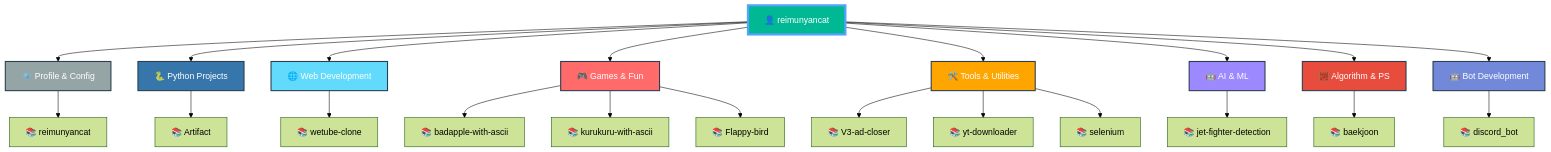
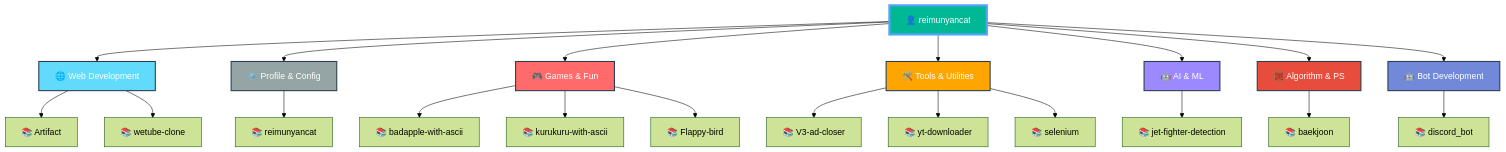
One commit to reimunyancat/reimunyancat changed the diagram in README.md. Above: the diagram before and after it, drawn with Mermaid (forest theme). The commit also changed other lines of this file, not shown here.

Commit message:
🤖 Auto-update README with latest repositories

````diff
--- a/README.md
+++ b/README.md
@@ -160,42 +160,39 @@
 ```mermaid
 graph TD
   A[👤 reimunyancat]
 
-  A --> CAT0[⚙️ Profile & Config]
-  CAT0 --> CAT0_0[📚 reimunyancat]
+  A --> CAT0[🌐 Web Development]
+  CAT0 --> CAT0_0[📚 Artifact]
+  CAT0 --> CAT0_1[📚 wetube-clone]
 
-  A --> CAT1[🐍 Python Projects]
-  CAT1 --> CAT1_0[📚 Artifact]
+  A --> CAT1[⚙️ Profile & Config]
+  CAT1 --> CAT1_0[📚 reimunyancat]
 
-  A --> CAT2[🌐 Web Development]
-  CAT2 --> CAT2_0[📚 wetube-clone]
+  A --> CAT2[🎮 Games & Fun]
+  CAT2 --> CAT2_0[📚 badapple-with-ascii]
+  CAT2 --> CAT2_1[📚 kurukuru-with-ascii]
+  CAT2 --> CAT2_2[📚 Flappy-bird]
 
-  A --> CAT3[🎮 Games & Fun]
-  CAT3 --> CAT3_0[📚 badapple-with-ascii]
-  CAT3 --> CAT3_1[📚 kurukuru-with-ascii]
-  CAT3 --> CAT3_2[📚 Flappy-bird]
+  A --> CAT3[🛠️ Tools & Utilities]
+  CAT3 --> CAT3_0[📚 V3-ad-closer]
+  CAT3 --> CAT3_1[📚 yt-downloader]
+  CAT3 --> CAT3_2[📚 selenium]
 
-  A --> CAT4[🛠️ Tools & Utilities]
-  CAT4 --> CAT4_0[📚 V3-ad-closer]
-  CAT4 --> CAT4_1[📚 yt-downloader]
-  CAT4 --> CAT4_2[📚 selenium]
+  A --> CAT4[🤖 AI & ML]
+  CAT4 --> CAT4_0[📚 jet-fighter-detection]
 
-  A --> CAT5[🤖 AI & ML]
-  CAT5 --> CAT5_0[📚 jet-fighter-detection]
+  A --> CAT5[🧮 Algorithm & PS]
+  CAT5 --> CAT5_0[📚 baekjoon]
 
-  A --> CAT6[🧮 Algorithm & PS]
-  CAT6 --> CAT6_0[📚 baekjoon]
-
-  A --> CAT7[🤖 Bot Development]
-  CAT7 --> CAT7_0[📚 discord_bot]
+  A --> CAT6[🤖 Bot Development]
+  CAT6 --> CAT6_0[📚 discord_bot]
 
   style A fill:#00b894,stroke:#55a3ff,stroke-width:4px,color:#fff
-  style CAT0 fill:#95a5a6,stroke:#2c3e50,stroke-width:2px,color:#fff
-  style CAT1 fill:#3776ab,stroke:#2c3e50,stroke-width:2px,color:#fff
-  style CAT2 fill:#61dafb,stroke:#2c3e50,stroke-width:2px,color:#fff
-  style CAT3 fill:#ff6b6b,stroke:#2c3e50,stroke-width:2px,color:#fff
-  style CAT4 fill:#ffa500,stroke:#2c3e50,stroke-width:2px,color:#fff
-  style CAT5 fill:#9c88ff,stroke:#2c3e50,stroke-width:2px,color:#fff
-  style CAT6 fill:#e74c3c,stroke:#2c3e50,stroke-width:2px,color:#fff
-  style CAT7 fill:#7289da,stroke:#2c3e50,stroke-width:2px,color:#fff
+  style CAT0 fill:#61dafb,stroke:#2c3e50,stroke-width:2px,color:#fff
+  style CAT1 fill:#95a5a6,stroke:#2c3e50,stroke-width:2px,color:#fff
+  style CAT2 fill:#ff6b6b,stroke:#2c3e50,stroke-width:2px,color:#fff
+  style CAT3 fill:#ffa500,stroke:#2c3e50,stroke-width:2px,color:#fff
+  style CAT4 fill:#9c88ff,stroke:#2c3e50,stroke-width:2px,color:#fff
+  style CAT5 fill:#e74c3c,stroke:#2c3e50,stroke-width:2px,color:#fff
+  style CAT6 fill:#7289da,stroke:#2c3e50,stroke-width:2px,color:#fff
 ```
````
